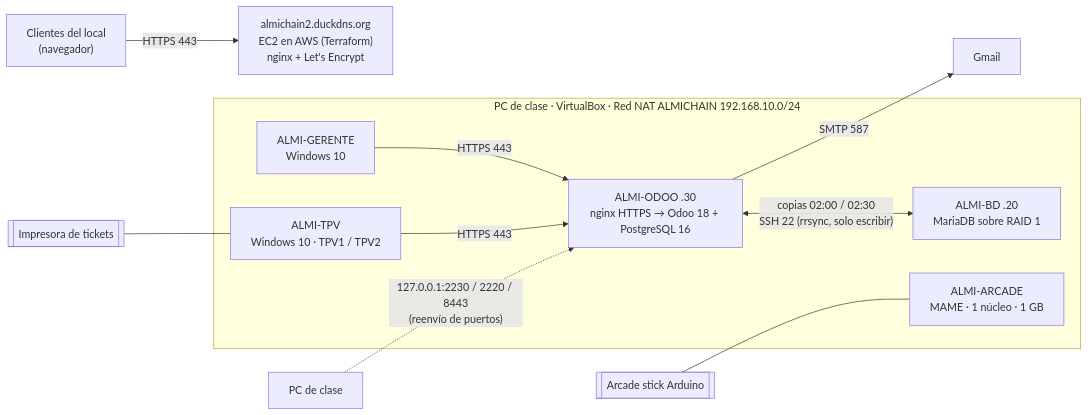
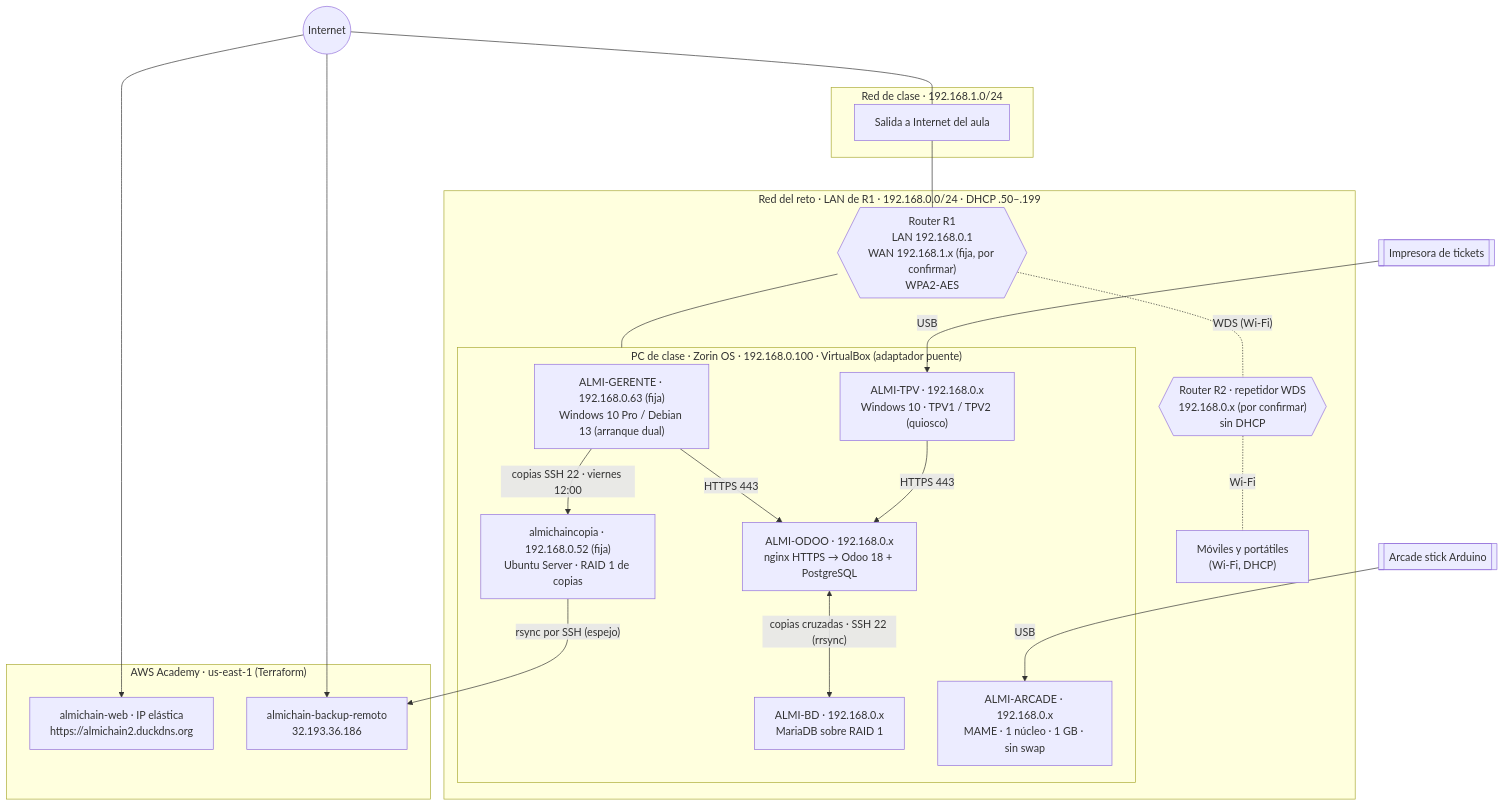
The diagram in README.md (krako829/almichain-reto1), drawn with Mermaid before and after one commit. The commit also changed other lines of this file and 52 other files, not shown here.

First line of the commit message:
Red del reto 192.168.0.0/24: diagrama global y retirada de las capturas de la red antigua

````diff
--- a/README.md
+++ b/README.md
@@ -102,18 +98,37 @@
 ```mermaid
-flowchart LR
-  subgraph PC["PC de clase · VirtualBox · Red NAT ALMICHAIN 192.168.10.0/24"]
-    GER["ALMI-GERENTE<br/>Windows 10"]
-    TPV["ALMI-TPV<br/>Windows 10 · TPV1 / TPV2"]
-    ODOO["ALMI-ODOO .30<br/>nginx HTTPS → Odoo 18 + PostgreSQL 16"]
-    BD["ALMI-BD .20<br/>MariaDB sobre RAID 1"]
-    ARC["ALMI-ARCADE<br/>MAME · 1 núcleo · 1 GB"]
+flowchart TB
+  INET(("Internet"))
+  subgraph CLASE["Red de clase · 192.168.1.0/24"]
+    GWC["Salida a Internet del aula"]
   end
-  IMP[["Impresora de tickets"]] --- TPV
-  STK[["Arcade stick Arduino"]] --- ARC
+  subgraph LAN["Red del reto · LAN de R1 · 192.168.0.0/24 · DHCP .50–.199"]
+    R1{{"Router R1<br/>LAN 192.168.0.1<br/>WAN 192.168.1.x (fija, por confirmar)<br/>WPA2-AES"}}
+    R2{{"Router R2 · repetidor WDS<br/>192.168.0.x (por confirmar)<br/>sin DHCP"}}
+    subgraph PCC["PC de clase · Zorin OS · 192.168.0.100 · VirtualBox (adaptador puente)"]
+      GER["ALMI-GERENTE · 192.168.0.63 (fija)<br/>Windows 10 Pro / Debian 13 (arranque dual)"]
+      COP["almichaincopia · 192.168.0.52 (fija)<br/>Ubuntu Server · RAID 1 de copias"]
+      TPV["ALMI-TPV · 192.168.0.x<br/>Windows 10 · TPV1 / TPV2 (quiosco)"]
+      ODOO["ALMI-ODOO · 192.168.0.x<br/>nginx HTTPS → Odoo 18 + PostgreSQL"]
+      BD["ALMI-BD · 192.168.0.x<br/>MariaDB sobre RAID 1"]
+      ARC["ALMI-ARCADE · 192.168.0.x<br/>MAME · 1 núcleo · 1 GB · sin swap"]
+    end
+    MOV["Móviles y portátiles<br/>(Wi-Fi, DHCP)"]
+  end
+  subgraph AWS["AWS Academy · us-east-1 (Terraform)"]
+    WEB["almichain-web · IP elástica<br/>https://almichain2.duckdns.org"]
+    REM["almichain-backup-remoto<br/>32.193.36.186"]
+  end
+  IMP[["Impresora de tickets"]] -- USB --> TPV
+  STK[["Arcade stick Arduino"]] -- USB --> ARC
+  INET --- GWC --- R1
+  R1 -. "WDS (Wi-Fi)" .- R2
+  R2 -. Wi-Fi .- MOV
+  R1 --- PCC
   GER -- "HTTPS 443" --> ODOO
   TPV -- "HTTPS 443" --> ODOO
-  ODOO <-- "copias 02:00 / 02:30<br/>SSH 22 (rrsync, solo escribir)" --> BD
-  ODOO -- "SMTP 587" --> GMAIL["Gmail"]
-  CLI["Clientes del local<br/>(navegador)"] -- "HTTPS 443" --> WEB["almichain2.duckdns.org<br/>EC2 en AWS (Terraform)<br/>nginx + Let's Encrypt"]
-  ADM["PC de clase"] -. "127.0.0.1:2230 / 2220 / 8443<br/>(reenvío de puertos)" .-> ODOO
+  ODOO <-- "copias cruzadas · SSH 22 (rrsync)" --> BD
+  GER -- "copias SSH 22 · viernes 12:00" --> COP
+  COP -- "rsync por SSH (espejo)" --> REM
+  INET --> WEB
+  INET --> REM
 ```
````
